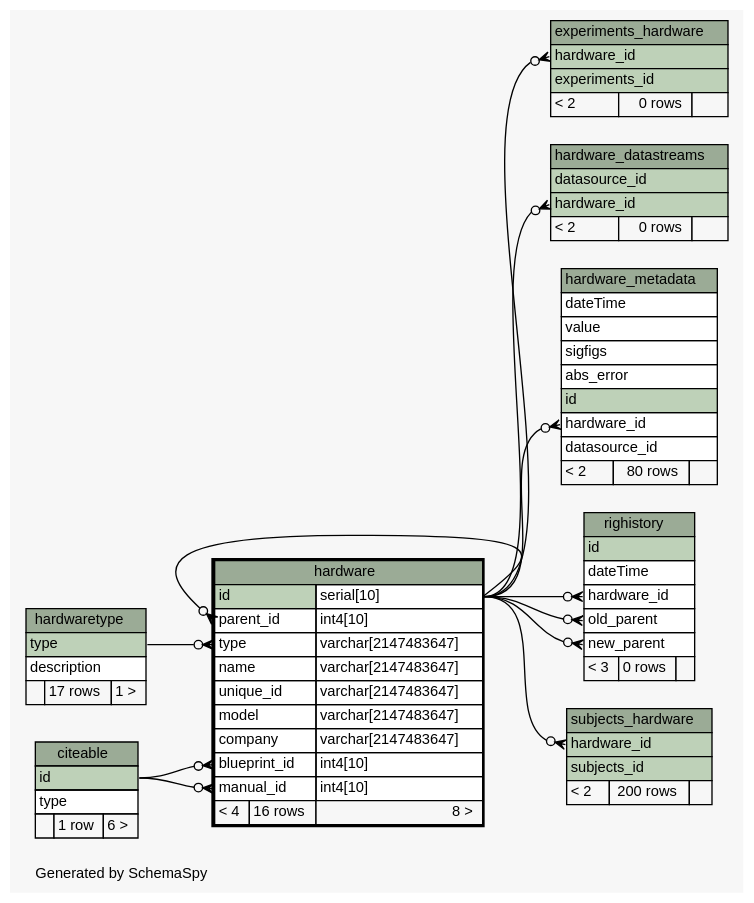
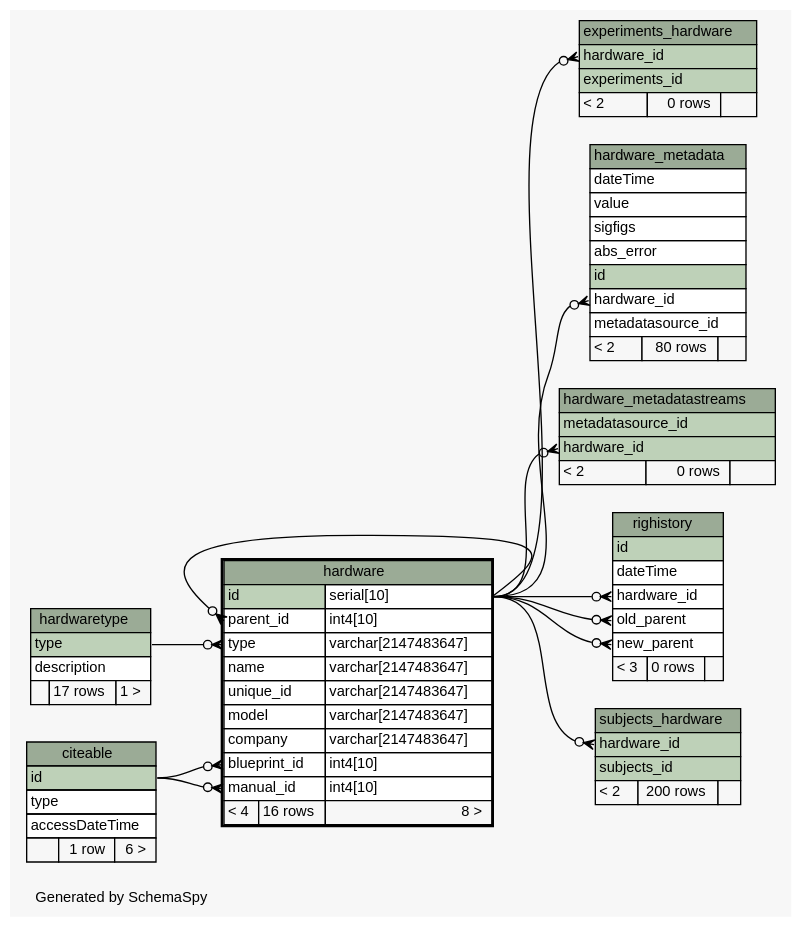
One commit to tgbugs/mlab changed the diagram in database/ss/diagrams/hardware.1degree.dot. Above: the diagram before and after it, drawn with Graphviz. The commit also changed 185 other files, not shown here.

```diff
--- a/database/ss/diagrams/hardware.1degree.dot
+++ b/database/ss/diagrams/hardware.1degree.dot
@@ -1,136 +1,137 @@
 // dot 2.34.0 on Windows 7 6.1
 // SchemaSpy rev 590
 digraph "oneDegreeRelationshipsDiagram" {
   graph [
     rankdir="RL"
     bgcolor="#f7f7f7"
     label="\nGenerated by SchemaSpy"
     labeljust="l"
     nodesep="0.18"
     ranksep="0.46"
     fontname="Helvetica"
     fontsize="11"
   ];
   node [
     fontname="Helvetica"
     fontsize="11"
     shape="plaintext"
   ];
   edge [
     arrowsize="0.8"
   ];
   "experiments_hardware":"hardware_id":w -> "hardware":"id.type":e [arrowhead=none dir=back arrowtail=crowodot];
   "hardware":"blueprint_id":w -> "citeable":"id":e [arrowhead=none dir=back arrowtail=crowodot];
   "hardware":"manual_id":w -> "citeable":"id":e [arrowhead=none dir=back arrowtail=crowodot];
   "hardware":"parent_id":w -> "hardware":"id.type":e [arrowhead=none dir=back arrowtail=crowodot];
   "hardware":"type":w -> "hardwaretype":"type":e [arrowhead=none dir=back arrowtail=crowodot];
-  "hardware_datastreams":"hardware_id":w -> "hardware":"id.type":e [arrowhead=none dir=back arrowtail=crowodot];
   "hardware_metadata":"hardware_id":w -> "hardware":"id.type":e [arrowhead=none dir=back arrowtail=crowodot];
+  "hardware_metadatastreams":"hardware_id":w -> "hardware":"id.type":e [arrowhead=none dir=back arrowtail=crowodot];
   "righistory":"hardware_id":w -> "hardware":"id.type":e [arrowhead=none dir=back arrowtail=crowodot];
   "righistory":"new_parent":w -> "hardware":"id.type":e [arrowhead=none dir=back arrowtail=crowodot];
   "righistory":"old_parent":w -> "hardware":"id.type":e [arrowhead=none dir=back arrowtail=crowodot];
   "subjects_hardware":"hardware_id":w -> "hardware":"id.type":e [arrowhead=none dir=back arrowtail=crowodot];
   "citeable" [
     label=<
     <TABLE BORDER="0" CELLBORDER="1" CELLSPACING="0" BGCOLOR="#ffffff">
       <TR><TD COLSPAN="3" BGCOLOR="#9bab96" ALIGN="CENTER">citeable</TD></TR>
       <TR><TD PORT="id" COLSPAN="3" BGCOLOR="#bed1b8" ALIGN="LEFT">id</TD></TR>
       <TR><TD PORT="type" COLSPAN="3" ALIGN="LEFT">type</TD></TR>
+      <TR><TD PORT="accessDateTime" COLSPAN="3" ALIGN="LEFT">accessDateTime</TD></TR>
       <TR><TD ALIGN="LEFT" BGCOLOR="#f7f7f7">  </TD><TD ALIGN="RIGHT" BGCOLOR="#f7f7f7">1 row</TD><TD ALIGN="RIGHT" BGCOLOR="#f7f7f7">6 &gt;</TD></TR>
     </TABLE>>
     URL="citeable.html"
     tooltip="citeable"
   ];
   "experiments_hardware" [
     label=<
     <TABLE BORDER="0" CELLBORDER="1" CELLSPACING="0" BGCOLOR="#ffffff">
       <TR><TD COLSPAN="3" BGCOLOR="#9bab96" ALIGN="CENTER">experiments_hardware</TD></TR>
       <TR><TD PORT="hardware_id" COLSPAN="3" BGCOLOR="#bed1b8" ALIGN="LEFT">hardware_id</TD></TR>
       <TR><TD PORT="experiments_id" COLSPAN="3" BGCOLOR="#bed1b8" ALIGN="LEFT">experiments_id</TD></TR>
       <TR><TD ALIGN="LEFT" BGCOLOR="#f7f7f7">&lt; 2</TD><TD ALIGN="RIGHT" BGCOLOR="#f7f7f7">0 rows</TD><TD ALIGN="RIGHT" BGCOLOR="#f7f7f7">  </TD></TR>
     </TABLE>>
     URL="experiments_hardware.html"
     tooltip="experiments_hardware"
   ];
   "hardware" [
     label=<
     <TABLE BORDER="2" CELLBORDER="1" CELLSPACING="0" BGCOLOR="#ffffff">
       <TR><TD COLSPAN="3" BGCOLOR="#9bab96" ALIGN="CENTER">hardware</TD></TR>
       <TR><TD PORT="id" COLSPAN="2" BGCOLOR="#bed1b8" ALIGN="LEFT">id</TD><TD PORT="id.type" ALIGN="LEFT">serial[10]</TD></TR>
       <TR><TD PORT="parent_id" COLSPAN="2" ALIGN="LEFT">parent_id</TD><TD PORT="parent_id.type" ALIGN="LEFT">int4[10]</TD></TR>
       <TR><TD PORT="type" COLSPAN="2" ALIGN="LEFT">type</TD><TD PORT="type.type" ALIGN="LEFT">varchar[2147483647]</TD></TR>
       <TR><TD PORT="name" COLSPAN="2" ALIGN="LEFT">name</TD><TD PORT="name.type" ALIGN="LEFT">varchar[2147483647]</TD></TR>
       <TR><TD PORT="unique_id" COLSPAN="2" ALIGN="LEFT">unique_id</TD><TD PORT="unique_id.type" ALIGN="LEFT">varchar[2147483647]</TD></TR>
       <TR><TD PORT="model" COLSPAN="2" ALIGN="LEFT">model</TD><TD PORT="model.type" ALIGN="LEFT">varchar[2147483647]</TD></TR>
       <TR><TD PORT="company" COLSPAN="2" ALIGN="LEFT">company</TD><TD PORT="company.type" ALIGN="LEFT">varchar[2147483647]</TD></TR>
       <TR><TD PORT="blueprint_id" COLSPAN="2" ALIGN="LEFT">blueprint_id</TD><TD PORT="blueprint_id.type" ALIGN="LEFT">int4[10]</TD></TR>
       <TR><TD PORT="manual_id" COLSPAN="2" ALIGN="LEFT">manual_id</TD><TD PORT="manual_id.type" ALIGN="LEFT">int4[10]</TD></TR>
       <TR><TD ALIGN="LEFT" BGCOLOR="#f7f7f7">&lt; 4</TD><TD ALIGN="RIGHT" BGCOLOR="#f7f7f7">16 rows</TD><TD ALIGN="RIGHT" BGCOLOR="#f7f7f7">8 &gt;</TD></TR>
     </TABLE>>
     URL="hardware.html"
     tooltip="hardware"
   ];
-  "hardware_datastreams" [
-    label=<
-    <TABLE BORDER="0" CELLBORDER="1" CELLSPACING="0" BGCOLOR="#ffffff">
-      <TR><TD COLSPAN="3" BGCOLOR="#9bab96" ALIGN="CENTER">hardware_datastreams</TD></TR>
-      <TR><TD PORT="datasource_id" COLSPAN="3" BGCOLOR="#bed1b8" ALIGN="LEFT">datasource_id</TD></TR>
-      <TR><TD PORT="hardware_id" COLSPAN="3" BGCOLOR="#bed1b8" ALIGN="LEFT">hardware_id</TD></TR>
-      <TR><TD ALIGN="LEFT" BGCOLOR="#f7f7f7">&lt; 2</TD><TD ALIGN="RIGHT" BGCOLOR="#f7f7f7">0 rows</TD><TD ALIGN="RIGHT" BGCOLOR="#f7f7f7">  </TD></TR>
-    </TABLE>>
-    URL="hardware_datastreams.html"
-    tooltip="hardware_datastreams"
-  ];
   "hardware_metadata" [
     label=<
     <TABLE BORDER="0" CELLBORDER="1" CELLSPACING="0" BGCOLOR="#ffffff">
       <TR><TD COLSPAN="3" BGCOLOR="#9bab96" ALIGN="CENTER">hardware_metadata</TD></TR>
       <TR><TD PORT="dateTime" COLSPAN="3" ALIGN="LEFT">dateTime</TD></TR>
       <TR><TD PORT="value" COLSPAN="3" ALIGN="LEFT">value</TD></TR>
       <TR><TD PORT="sigfigs" COLSPAN="3" ALIGN="LEFT">sigfigs</TD></TR>
       <TR><TD PORT="abs_error" COLSPAN="3" ALIGN="LEFT">abs_error</TD></TR>
       <TR><TD PORT="id" COLSPAN="3" BGCOLOR="#bed1b8" ALIGN="LEFT">id</TD></TR>
       <TR><TD PORT="hardware_id" COLSPAN="3" ALIGN="LEFT">hardware_id</TD></TR>
-      <TR><TD PORT="datasource_id" COLSPAN="3" ALIGN="LEFT">datasource_id</TD></TR>
+      <TR><TD PORT="metadatasource_id" COLSPAN="3" ALIGN="LEFT">metadatasource_id</TD></TR>
       <TR><TD ALIGN="LEFT" BGCOLOR="#f7f7f7">&lt; 2</TD><TD ALIGN="RIGHT" BGCOLOR="#f7f7f7">80 rows</TD><TD ALIGN="RIGHT" BGCOLOR="#f7f7f7">  </TD></TR>
     </TABLE>>
     URL="hardware_metadata.html"
     tooltip="hardware_metadata"
+  ];
+  "hardware_metadatastreams" [
+    label=<
+    <TABLE BORDER="0" CELLBORDER="1" CELLSPACING="0" BGCOLOR="#ffffff">
+      <TR><TD COLSPAN="3" BGCOLOR="#9bab96" ALIGN="CENTER">hardware_metadatastreams</TD></TR>
+      <TR><TD PORT="metadatasource_id" COLSPAN="3" BGCOLOR="#bed1b8" ALIGN="LEFT">metadatasource_id</TD></TR>
+      <TR><TD PORT="hardware_id" COLSPAN="3" BGCOLOR="#bed1b8" ALIGN="LEFT">hardware_id</TD></TR>
+      <TR><TD ALIGN="LEFT" BGCOLOR="#f7f7f7">&lt; 2</TD><TD ALIGN="RIGHT" BGCOLOR="#f7f7f7">0 rows</TD><TD ALIGN="RIGHT" BGCOLOR="#f7f7f7">  </TD></TR>
+    </TABLE>>
+    URL="hardware_metadatastreams.html"
+    tooltip="hardware_metadatastreams"
   ];
   "hardwaretype" [
     label=<
     <TABLE BORDER="0" CELLBORDER="1" CELLSPACING="0" BGCOLOR="#ffffff">
       <TR><TD COLSPAN="3" BGCOLOR="#9bab96" ALIGN="CENTER">hardwaretype</TD></TR>
       <TR><TD PORT="type" COLSPAN="3" BGCOLOR="#bed1b8" ALIGN="LEFT">type</TD></TR>
       <TR><TD PORT="description" COLSPAN="3" ALIGN="LEFT">description</TD></TR>
       <TR><TD ALIGN="LEFT" BGCOLOR="#f7f7f7">  </TD><TD ALIGN="RIGHT" BGCOLOR="#f7f7f7">17 rows</TD><TD ALIGN="RIGHT" BGCOLOR="#f7f7f7">1 &gt;</TD></TR>
     </TABLE>>
     URL="hardwaretype.html"
     tooltip="hardwaretype"
   ];
   "righistory" [
     label=<
     <TABLE BORDER="0" CELLBORDER="1" CELLSPACING="0" BGCOLOR="#ffffff">
       <TR><TD COLSPAN="3" BGCOLOR="#9bab96" ALIGN="CENTER">righistory</TD></TR>
       <TR><TD PORT="id" COLSPAN="3" BGCOLOR="#bed1b8" ALIGN="LEFT">id</TD></TR>
       <TR><TD PORT="dateTime" COLSPAN="3" ALIGN="LEFT">dateTime</TD></TR>
       <TR><TD PORT="hardware_id" COLSPAN="3" ALIGN="LEFT">hardware_id</TD></TR>
       <TR><TD PORT="old_parent" COLSPAN="3" ALIGN="LEFT">old_parent</TD></TR>
       <TR><TD PORT="new_parent" COLSPAN="3" ALIGN="LEFT">new_parent</TD></TR>
       <TR><TD ALIGN="LEFT" BGCOLOR="#f7f7f7">&lt; 3</TD><TD ALIGN="RIGHT" BGCOLOR="#f7f7f7">0 rows</TD><TD ALIGN="RIGHT" BGCOLOR="#f7f7f7">  </TD></TR>
     </TABLE>>
     URL="righistory.html"
     tooltip="righistory"
   ];
   "subjects_hardware" [
     label=<
     <TABLE BORDER="0" CELLBORDER="1" CELLSPACING="0" BGCOLOR="#ffffff">
       <TR><TD COLSPAN="3" BGCOLOR="#9bab96" ALIGN="CENTER">subjects_hardware</TD></TR>
       <TR><TD PORT="hardware_id" COLSPAN="3" BGCOLOR="#bed1b8" ALIGN="LEFT">hardware_id</TD></TR>
       <TR><TD PORT="subjects_id" COLSPAN="3" BGCOLOR="#bed1b8" ALIGN="LEFT">subjects_id</TD></TR>
       <TR><TD ALIGN="LEFT" BGCOLOR="#f7f7f7">&lt; 2</TD><TD ALIGN="RIGHT" BGCOLOR="#f7f7f7">200 rows</TD><TD ALIGN="RIGHT" BGCOLOR="#f7f7f7">  </TD></TR>
     </TABLE>>
     URL="subjects_hardware.html"
     tooltip="subjects_hardware"
   ];
 }
```
